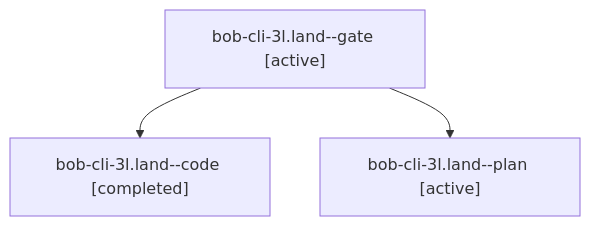
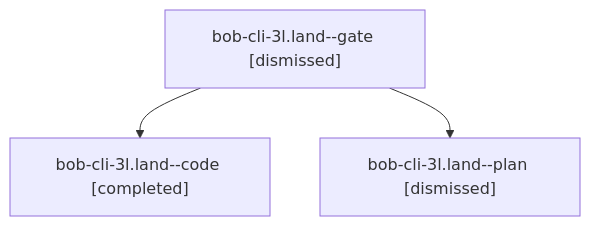
One commit to bobs-org/bob-cli--agents changed the diagram in sessions/bbugyi200.apollo.bob-cli-3l.land.md. Above: the diagram before and after it, drawn with Mermaid. The commit also changed other lines of this file and 12 other files, not shown here.

````diff
--- a/sessions/bbugyi200.apollo.bob-cli-3l.land.md
+++ b/sessions/bbugyi200.apollo.bob-cli-3l.land.md
@@ -9,8 +9,8 @@
 ```mermaid
 flowchart TD
-  n0["bob-cli-3l.land--gate [active]"]
+  n0["bob-cli-3l.land--gate [dismissed]"]
   n1["bob-cli-3l.land--code [completed]"]
   n0 --> n1
-  n2["bob-cli-3l.land--plan [active]"]
+  n2["bob-cli-3l.land--plan [dismissed]"]
   n0 --> n2
 ```
````
